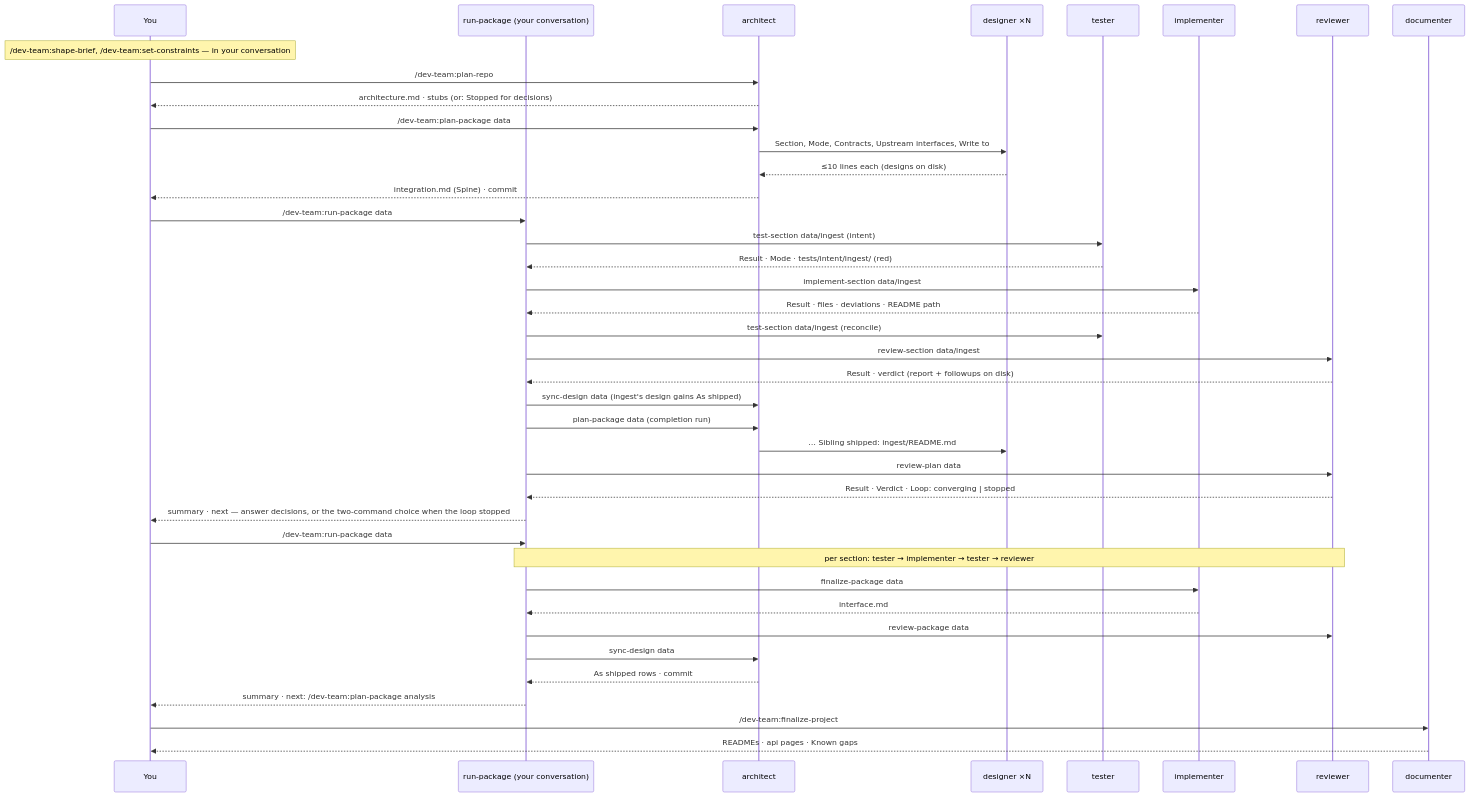
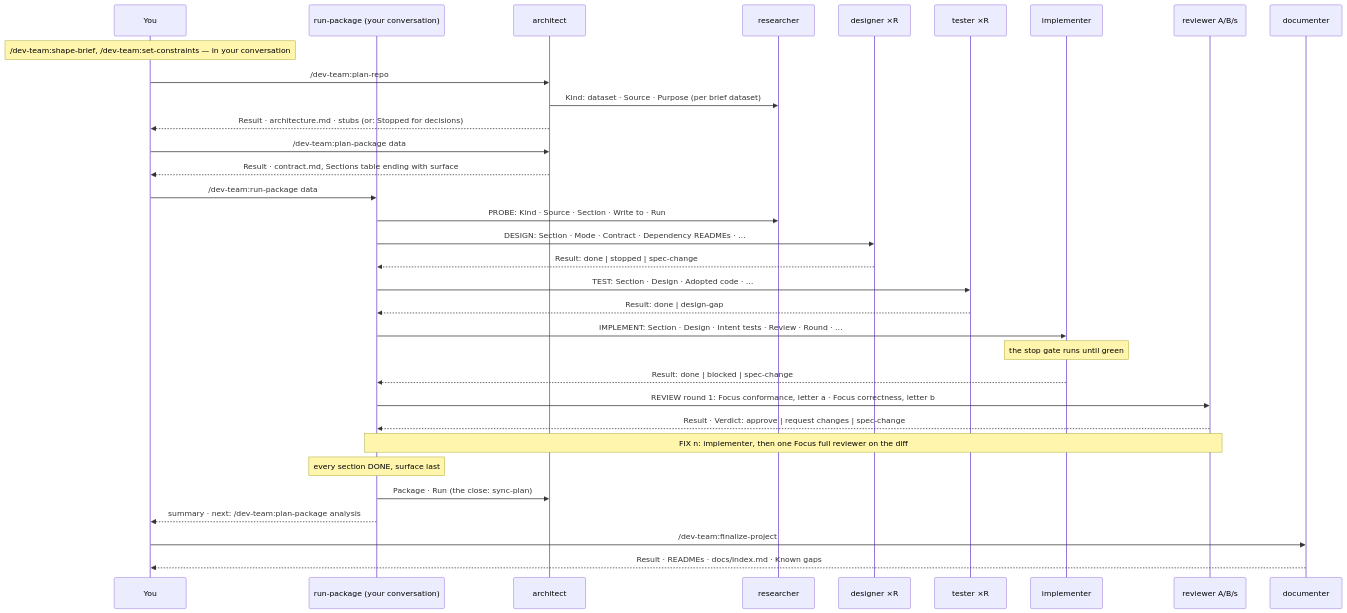
The third of 3 diagrams in dev-team/site/flow.md (cott435/cott-plugins), drawn with Mermaid before and after one commit. The commit also changed other lines of this file and 39 other files, not shown here.

First line of the commit message:
dev-team remake (phase 11): removed skills deleted; README, site, changelog; end-to-end eval

````diff
--- a/dev-team/site/flow.md
+++ b/dev-team/site/flow.md
@@ -97,42 +92,35 @@
 ```mermaid
 sequenceDiagram
   participant You
   participant Drv as run-package (your conversation)
   participant Arch as architect
-  participant Des as designer ×N
-  participant Tst as tester
+  participant Res as researcher
+  participant Des as designer ×R
+  participant Tst as tester ×R
   participant Impl as implementer
-  participant Rev as reviewer
+  participant Rev as reviewer A/B/s
   participant Doc as documenter
   Note over You: /dev-team:shape-brief, /dev-team:set-constraints — in your conversation
   You->>Arch: /dev-team:plan-repo
-  Arch-->>You: architecture.md · stubs (or: Stopped for decisions)
+  Arch->>Res: Kind: dataset · Source · Purpose (per brief dataset)
+  Arch-->>You: Result · architecture.md · stubs (or: Stopped for decisions)
   You->>Arch: /dev-team:plan-package data
-  Arch->>Des: Section, Mode, Contracts, Upstream interfaces, Write to
-  Des-->>Arch: ≤10 lines each (designs on disk)
-  Arch-->>You: integration.md (Spine) · commit
+  Arch-->>You: Result · contract.md, Sections table ending with surface
   You->>Drv: /dev-team:run-package data
-  Drv->>Tst: test-section data/ingest (intent)
-  Tst-->>Drv: Result · Mode · tests/intent/ingest/ (red)
-  Drv->>Impl: implement-section data/ingest
-  Impl-->>Drv: Result · files · deviations · README path
-  Drv->>Tst: test-section data/ingest (reconcile)
-  Drv->>Rev: review-section data/ingest
-  Rev-->>Drv: Result · verdict (report + followups on disk)
-  Drv->>Arch: sync-design data (ingest's design gains As shipped)
-  Drv->>Arch: plan-package data (completion run)
-  Arch->>Des: … Sibling shipped: ingest/README.md
-  Drv->>Rev: review-plan data
-  Rev-->>Drv: Result · Verdict · Loop: converging | stopped
-  Drv-->>You: summary · next — answer decisions, or the two-command choice when the loop stopped
-  You->>Drv: /dev-team:run-package data
-  Note over Drv,Rev: per section: tester → implementer → tester → reviewer
-  Drv->>Impl: finalize-package data
-  Impl-->>Drv: interface.md
-  Drv->>Rev: review-package data
-  Drv->>Arch: sync-design data
-  Arch-->>Drv: As shipped rows · commit
+  Drv->>Res: PROBE: Kind · Source · Section · Write to · Run
+  Drv->>Des: DESIGN: Section · Mode · Contract · Dependency READMEs · …
+  Des-->>Drv: Result: done | stopped | spec-change
+  Drv->>Tst: TEST: Section · Design · Adopted code · …
+  Tst-->>Drv: Result: done | design-gap
+  Drv->>Impl: IMPLEMENT: Section · Design · Intent tests · Review · Round · …
+  Note over Impl: the stop gate runs until green
+  Impl-->>Drv: Result: done | blocked | spec-change
+  Drv->>Rev: REVIEW round 1: Focus conformance, letter a · Focus correctness, letter b
+  Rev-->>Drv: Result · Verdict: approve | request changes | spec-change
+  Note over Drv,Rev: FIX n: implementer, then one Focus full reviewer on the diff
+  Note over Drv: every section DONE, surface last
+  Drv->>Arch: Package · Run (the close: sync-plan)
   Drv-->>You: summary · next: /dev-team:plan-package analysis
   You->>Doc: /dev-team:finalize-project
-  Doc-->>You: READMEs · api pages · Known gaps
+  Doc-->>You: Result · READMEs · docs/index.md · Known gaps
 ```
````
